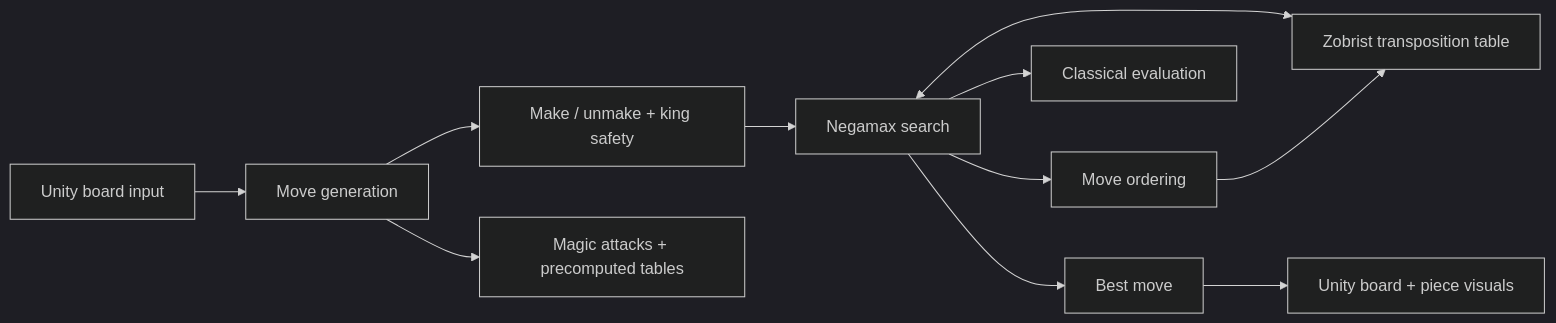
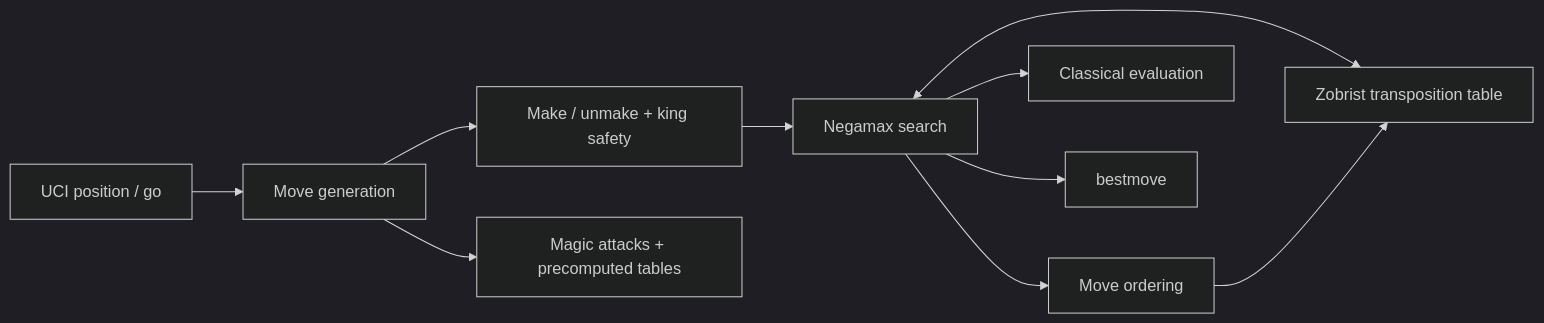
One commit to Jayesh-27/StrangeChess changed the diagram in README.md. Above: the diagram before and after it, drawn with Mermaid (dark theme). The commit also changed other lines of this file and 148 other files, not shown here.

````diff
--- a/README.md
+++ b/README.md
@@ -32,14 +70,13 @@
 ```mermaid
 flowchart LR
-    Input[Unity board input] --> MoveGen[Move generation]
+    Input[UCI position / go] --> MoveGen[Move generation]
     MoveGen --> Legal[Make / unmake + king safety]
     Legal --> Search[Negamax search]
     Search --> Order[Move ordering]
     Search --> Eval[Classical evaluation]
     Search <--> TT[Zobrist transposition table]
-    Search --> Best[Best move]
-    Best --> Board[Unity board + piece visuals]
+    Search --> Best[bestmove]
 
     MoveGen --> Tables[Magic attacks + precomputed tables]
     Order --> TT
 ```
````
